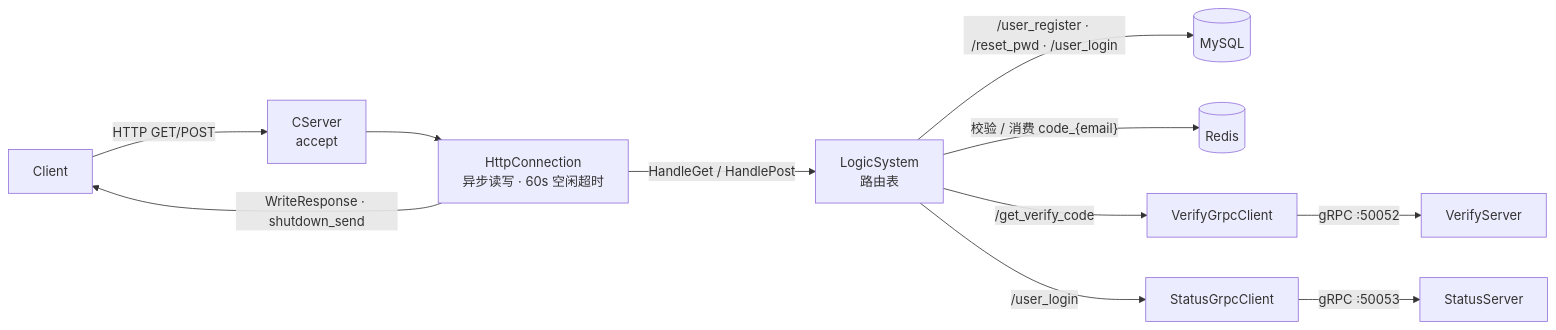
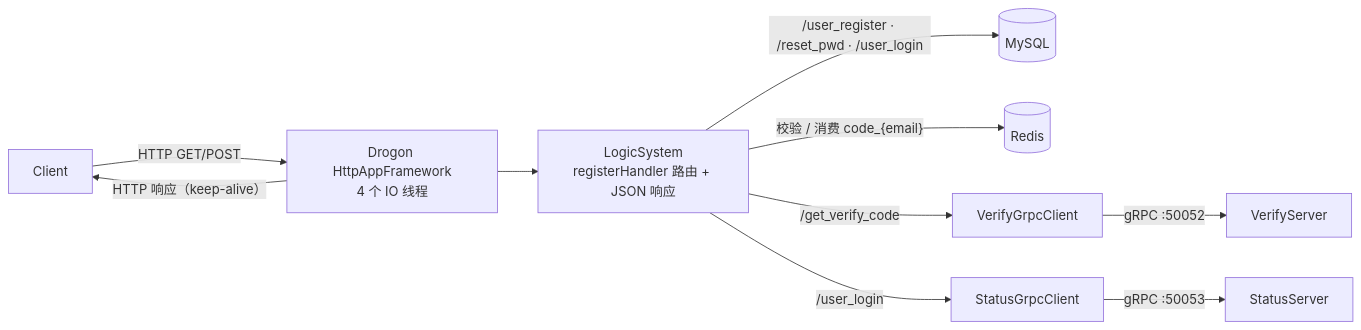
The second of 14 diagrams in docs/diagrams.md (zyuhao7/WeChat), drawn with Mermaid before and after one commit. The commit also changed other lines of this file and 14 other files, not shown here.

First line of the commit message:
refactor(gate): replace Asio HTTP stack with Drogon

````diff
--- a/docs/diagrams.md
+++ b/docs/diagrams.md
@@ -48,11 +48,10 @@
 ```mermaid
 flowchart LR
-    Client["Client"] -->|HTTP GET/POST| CServer["CServer<br/>accept"]
-    CServer --> Conn["HttpConnection<br/>异步读写 · 60s 空闲超时"]
-    Conn -->|HandleGet / HandlePost| Logic["LogicSystem<br/>路由表"]
+    Client["Client"] -->|HTTP GET/POST| App["Drogon HttpAppFramework<br/>4 个 IO 线程"]
+    App --> Logic["LogicSystem<br/>registerHandler 路由 + JSON 响应"]
     Logic -->|/user_register · /reset_pwd · /user_login| MySQL[("MySQL")]
     Logic -->|"校验 / 消费 code_{email}"| Redis[("Redis")]
     Logic -->|/get_verify_code| VG["VerifyGrpcClient"] -->|gRPC :50052| VS["VerifyServer"]
     Logic -->|/user_login| SG["StatusGrpcClient"] -->|gRPC :50053| SS["StatusServer"]
-    Conn -->|WriteResponse · shutdown_send| Client
+    App -->|"HTTP 响应（keep-alive）"| Client
 ```
````
